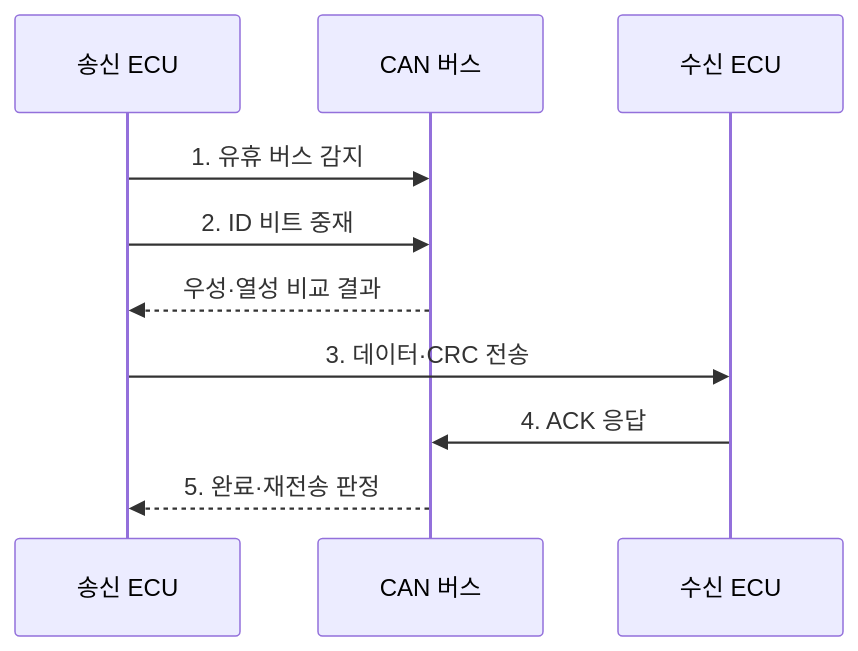
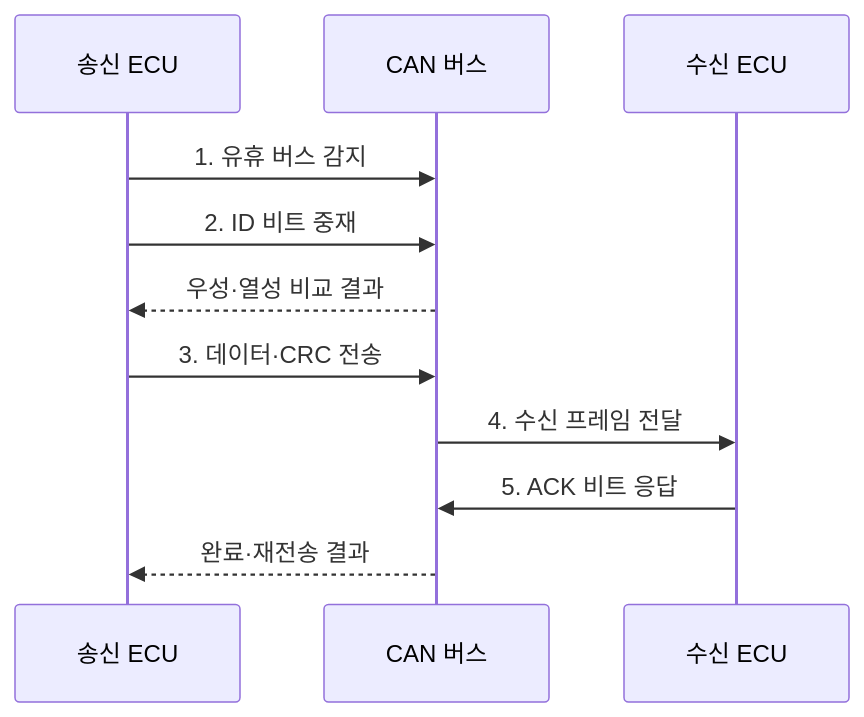
Before and after one commit to agnusdei1207/knowledge-base: the second of 2 diagrams in src/content/docs/notes/04-network/081_can_bus.md, drawn with Mermaid. The commit also changed other lines of this file and 20 other files, not shown here.

````diff
--- a/src/content/docs/notes/04-network/081_can_bus.md
+++ b/src/content/docs/notes/04-network/081_can_bus.md
@@ -79,12 +87,13 @@
 ```mermaid
 sequenceDiagram
     participant T as 송신 ECU
     participant B as CAN 버스
     participant R as 수신 ECU
     T->>B: 1. 유휴 버스 감지
     T->>B: 2. ID 비트 중재
     B-->>T: 우성·열성 비교 결과
-    T->>R: 3. 데이터·CRC 전송
-    R->>B: 4. ACK 응답
-    B-->>T: 5. 완료·재전송 판정
+    T->>B: 3. 데이터·CRC 전송
+    B->>R: 4. 수신 프레임 전달
+    R->>B: 5. ACK 비트 응답
+    B-->>T: 완료·재전송 결과
 ```
````
